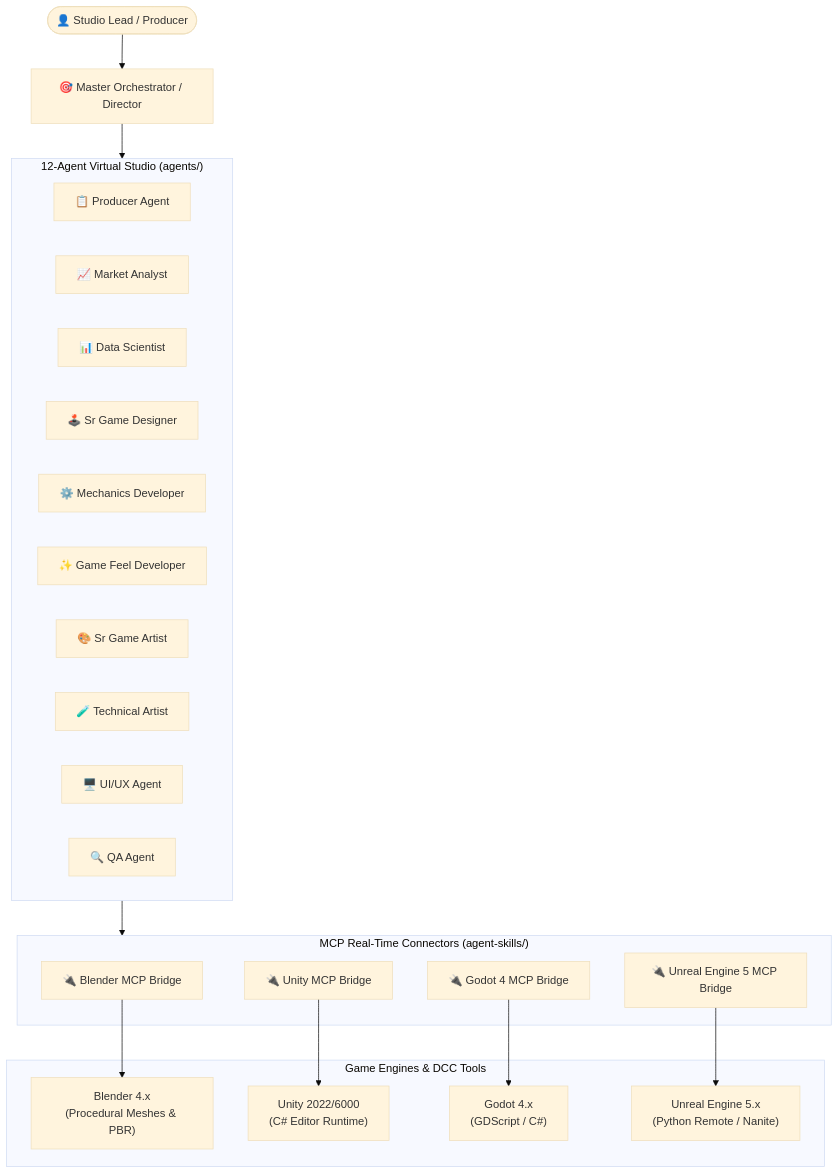
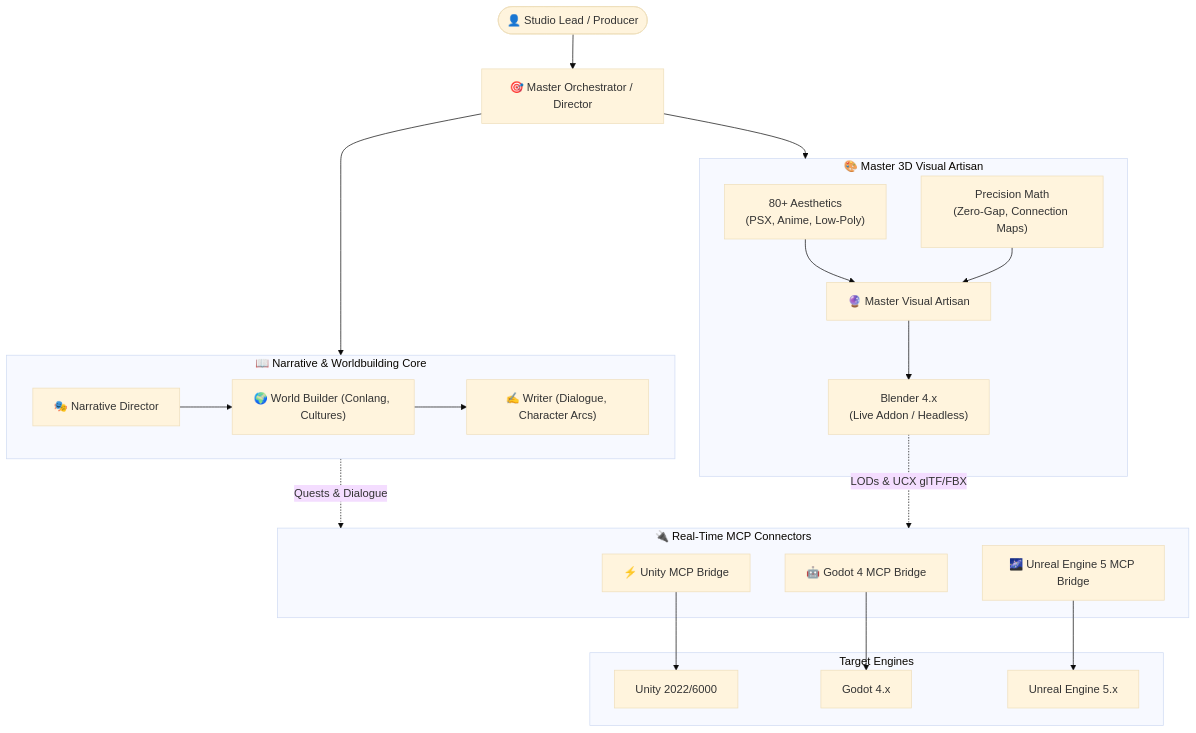
The diagram in README.md (kursatsndgn/master-game-studio), drawn with Mermaid (base theme) before and after one commit. The commit also changed other lines of this file and 558 other files, not shown here.

Commit message:
feat: add narrative engine, 80+ blender visual skills, assembly precision, and master visual artisan agent

````diff
--- a/README.md
+++ b/README.md
@@ -44,39 +46,42 @@
 ```mermaid
 flowchart TD
-    User([👤 Studio Lead / Producer]) --> MasterOrch["🎯 Master Orchestrator / Director"]
-    
-    subgraph Studio_Team ["12-Agent Virtual Studio (agents/)"]
-        Producer["📋 Producer Agent"]
-        Market["📈 Market Analyst"]
-        DataSci["📊 Data Scientist"]
-        SrDesign["🕹️ Sr Game Designer"]
-        Mechanics["⚙️ Mechanics Developer"]
-        GameFeel["✨ Game Feel Developer"]
-        ArtDir["🎨 Sr Game Artist"]
-        TechArt["🧪 Technical Artist"]
-        UIUX["🖥️ UI/UX Agent"]
-        QA["🔍 QA Agent"]
-    end
-    
-    subgraph Execution_Bridges ["MCP Real-Time Connectors (agent-skills/)"]
-        MCP_Blender["🔌 Blender MCP Bridge"]
-        MCP_Unity["🔌 Unity MCP Bridge"]
-        MCP_Godot["🔌 Godot 4 MCP Bridge"]
-        MCP_Unreal["🔌 Unreal Engine 5 MCP Bridge"]
-    end
-    
-    subgraph Target_Runtimes ["Game Engines & DCC Tools"]
-        BlenderRuntime["Blender 4.x\n(Procedural Meshes & PBR)"]
-        UnityRuntime["Unity 2022/6000\n(C# Editor Runtime)"]
-        GodotRuntime["Godot 4.x\n(GDScript / C#)"]
-        UnrealRuntime["Unreal Engine 5.x\n(Python Remote / Nanite)"]
+    Lead([👤 Studio Lead / Producer]) --> MasterOrch["🎯 Master Orchestrator / Director"]
+
+    subgraph Narrative_Core ["📖 Narrative & Worldbuilding Core"]
+        NarrDirector["🎭 Narrative Director"]
+        WorldBuilder["🌍 World Builder (Conlang, Cultures)"]
+        Writer["✍️ Writer (Dialogue, Character Arcs)"]
+        NarrDirector --> WorldBuilder --> Writer
     end
 
-    MasterOrch --> Studio_Team
-    Studio_Team --> Execution_Bridges
+    subgraph Visual_3D_Artisan ["🎨 Master 3D Visual Artisan"]
+        ArtStyles["80+ Aesthetics\n(PSX, Anime, Low-Poly)"]
+        AssemblyMath["Precision Math\n(Zero-Gap, Connection Maps)"]
+        BlenderRuntime["Blender 4.x\n(Live Addon / Headless)"]
+        ArtStyles --> ArtisanEngine["🔮 Master Visual Artisan"]
+        AssemblyMath --> ArtisanEngine
+        ArtisanEngine --> BlenderRuntime
+    end
+
+    subgraph Engine_Bridges ["🔌 Real-Time MCP Connectors"]
+        MCP_Unity["⚡ Unity MCP Bridge"]
+        MCP_Godot["🤖 Godot 4 MCP Bridge"]
+        MCP_Unreal["🌌 Unreal Engine 5 MCP Bridge"]
+    end
+
+    subgraph Runtime_Target ["Target Engines"]
+        UnityRun["Unity 2022/6000"]
+        GodotRun["Godot 4.x"]
+        UnrealRun["Unreal Engine 5.x"]
+    end
+
+    MasterOrch --> Narrative_Core
+    MasterOrch --> Visual_3D_Artisan
     
-    MCP_Blender --> BlenderRuntime
-    MCP_Unity --> UnityRuntime
-    MCP_Godot --> GodotRuntime
-    MCP_Unreal --> UnrealRuntime
+    Narrative_Core -.->|Quests & Dialogue| Engine_Bridges
+    BlenderRuntime -.->|LODs & UCX glTF/FBX| Engine_Bridges
+
+    MCP_Unity --> UnityRun
+    MCP_Godot --> GodotRun
+    MCP_Unreal --> UnrealRun
 ```
````
